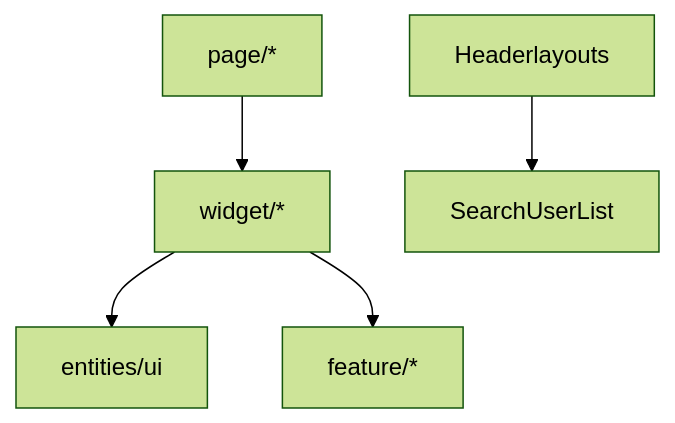
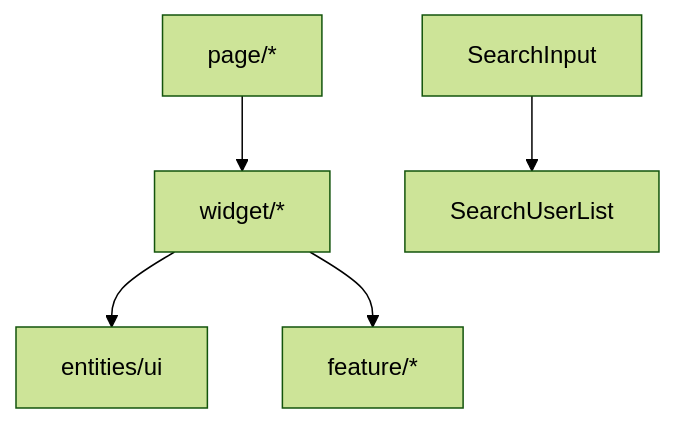
One commit to invatemi/social-network-frontend-react changed the diagram in docs/widget/overview.md. Above: the diagram before and after it, drawn with Mermaid (forest theme). The commit also changed other lines of this file and 237 other files, not shown here.

````diff
--- a/docs/widget/overview.md
+++ b/docs/widget/overview.md
@@ -58,7 +58,7 @@
 ```mermaid
 flowchart TB
   Page["page/*"] --> Widget["widget/*"]
   Widget --> Entities["entities/ui"]
   Widget --> Feature["feature/*"]
-  Header["Headerlayouts"] --> SearchUserList
+  FeatureSearch["SearchInput"] --> SearchUserList
 ```
````
